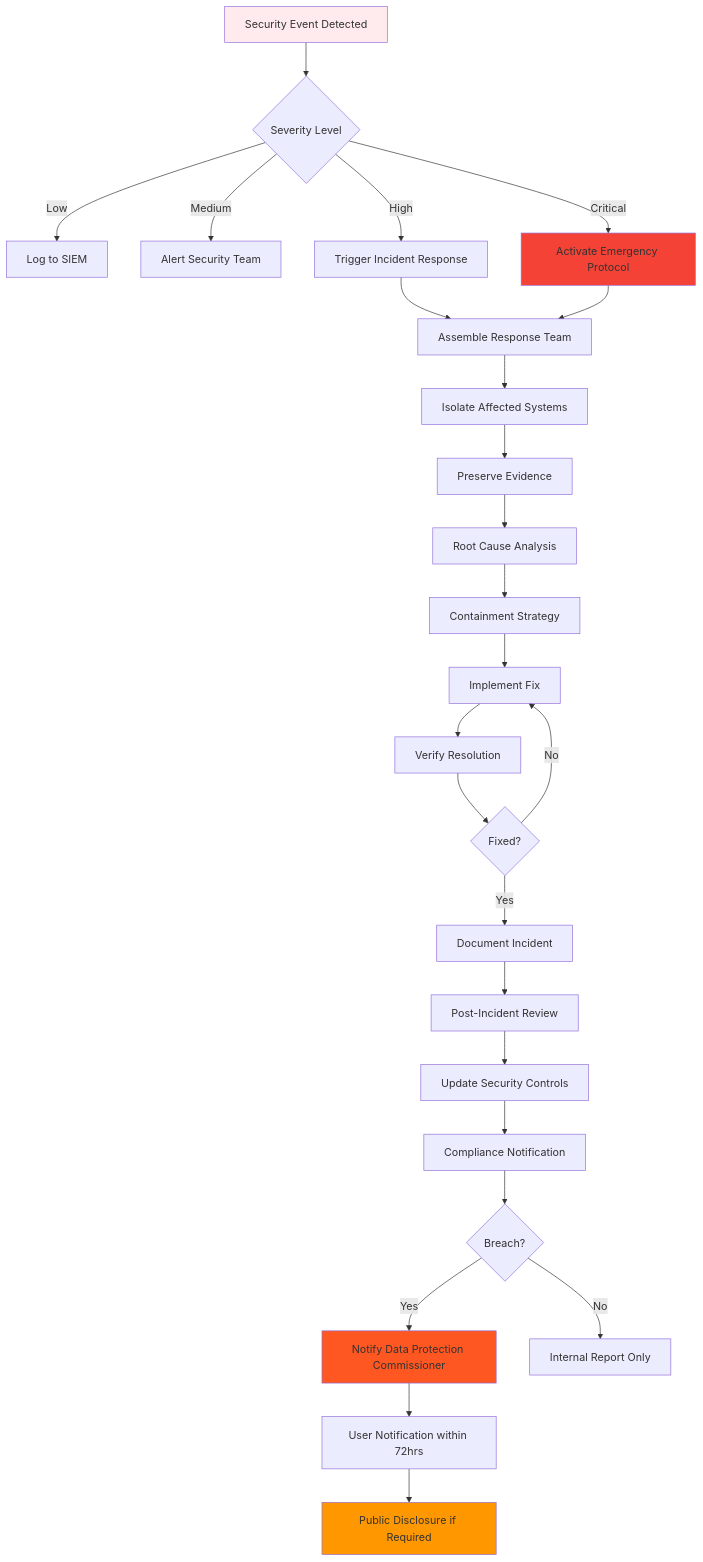
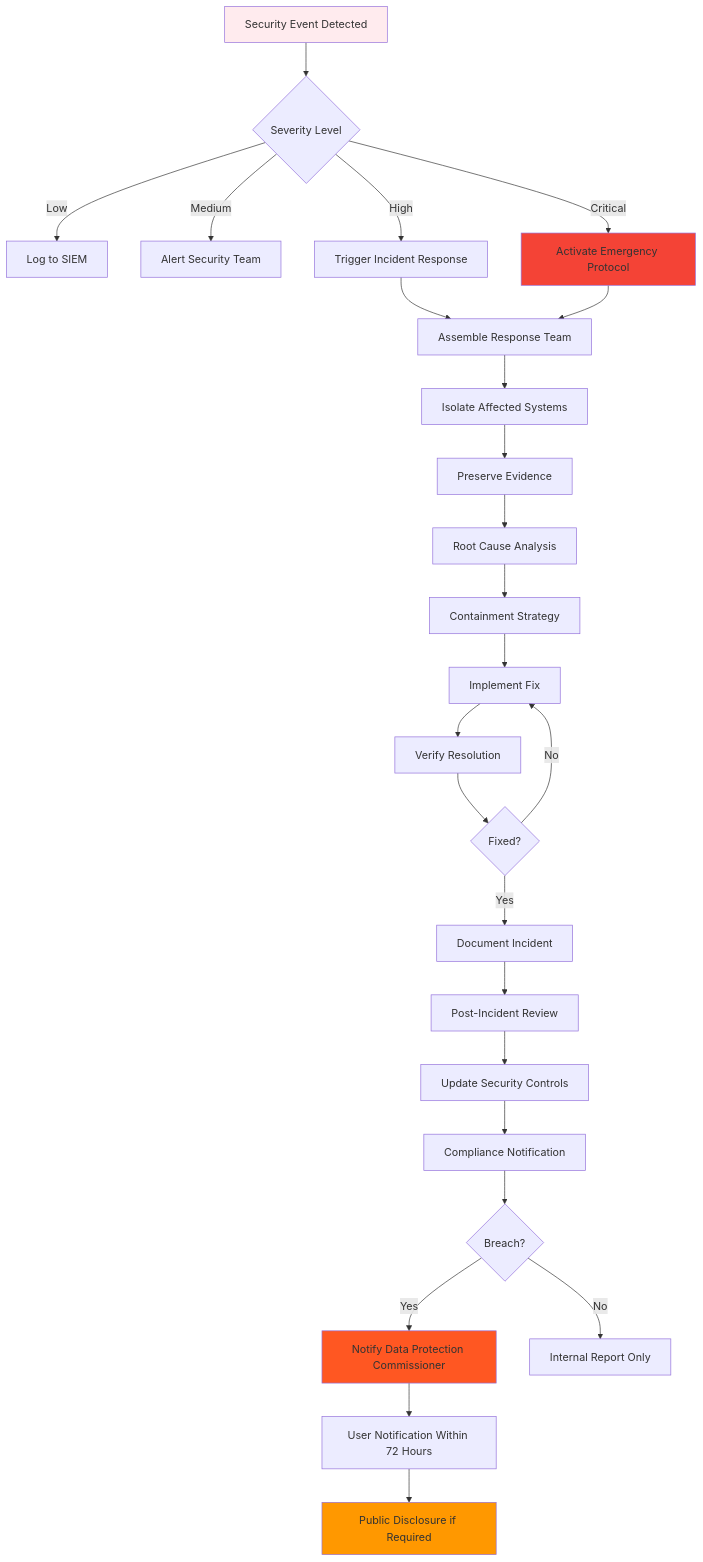
One commit to tomojanga/Bematore-NSER-RG changed the ninth of 9 diagrams in backend/docs/architecture/data-flow-diagrams.md. Above: the diagram before and after it, drawn with Mermaid. The commit also changed other lines of this file and 4 other files, not shown here.

````diff
--- a/backend/docs/architecture/data-flow-diagrams.md
+++ b/backend/docs/architecture/data-flow-diagrams.md
@@ -639,40 +644,40 @@
 ```mermaid
 graph TD
     A[Security Event Detected] --> B{Severity Level}
     
     B -->|Low| C[Log to SIEM]
     B -->|Medium| D[Alert Security Team]
     B -->|High| E[Trigger Incident Response]
     B -->|Critical| F[Activate Emergency Protocol]
     
     E --> G[Assemble Response Team]
     F --> G
     
     G --> H[Isolate Affected Systems]
     H --> I[Preserve Evidence]
     I --> J[Root Cause Analysis]
     
     J --> K[Containment Strategy]
     K --> L[Implement Fix]
     L --> M[Verify Resolution]
     
     M --> N{Fixed?}
     N -->|No| L
     N -->|Yes| O[Document Incident]
     
     O --> P[Post-Incident Review]
     P --> Q[Update Security Controls]
     Q --> R[Compliance Notification]
     
     R --> S{Breach?}
     S -->|Yes| T[Notify Data Protection Commissioner]
     S -->|No| U[Internal Report Only]
     
-    T --> V[User Notification within 72hrs]
+    T --> V[User Notification Within 72 Hours]
     V --> W[Public Disclosure if Required]
     
     style A fill:#ffebee
     style F fill:#f44336
     style T fill:#ff5722
     style W fill:#ff9800
 ```
````
